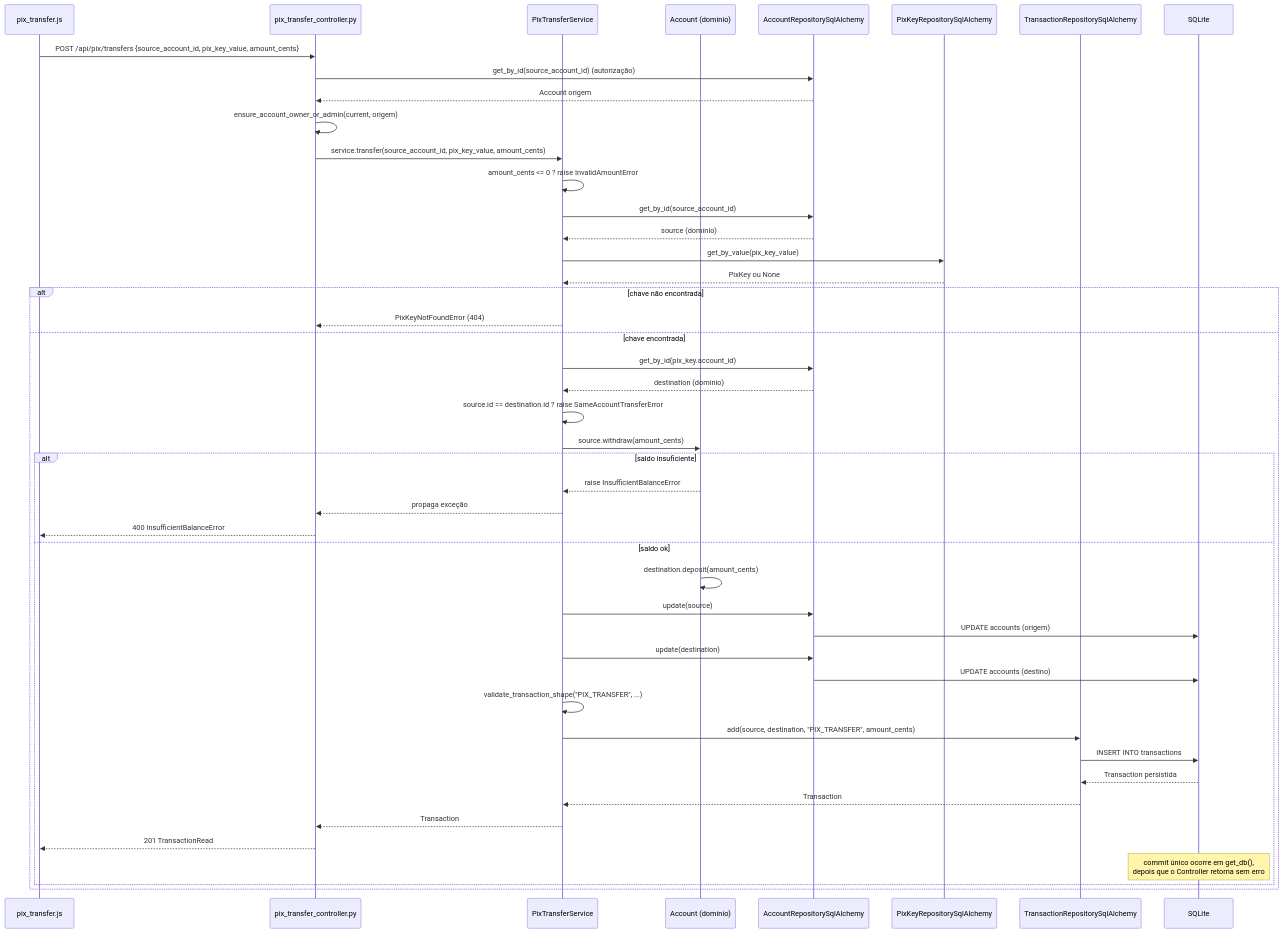
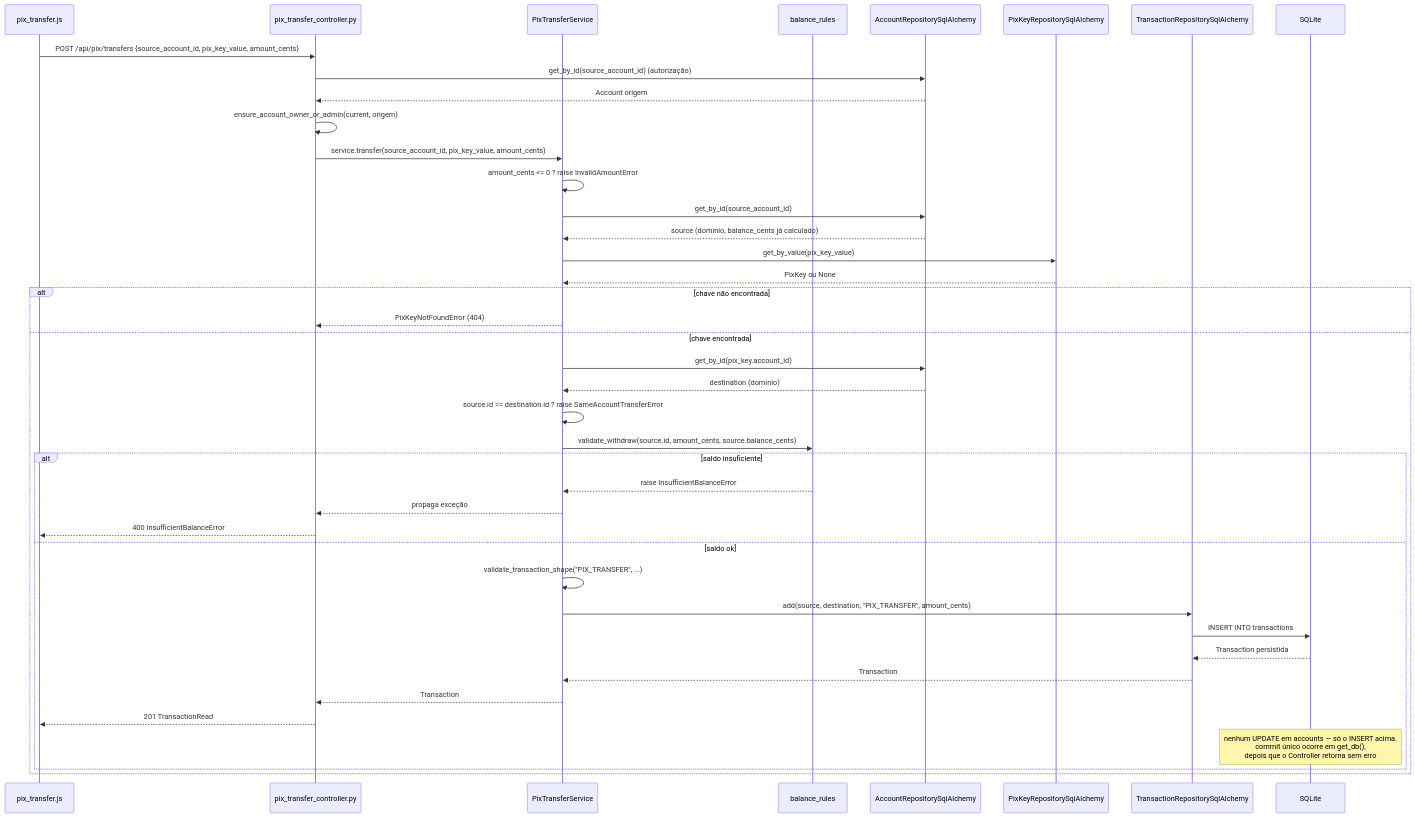
The third of 3 diagrams in docs/final/07-fluxos-principais.md (Henrique-CBueno/CP4---Python), drawn with Mermaid before and after one commit. The commit also changed other lines of this file and 5 other files, not shown here.

````diff
--- a/docs/final/07-fluxos-principais.md
+++ b/docs/final/07-fluxos-principais.md
@@ -196,49 +202,44 @@
 ```mermaid
 sequenceDiagram
     participant JS as pix_transfer.js
     participant C as pix_transfer_controller.py
     participant S as PixTransferService
-    participant Acc as Account (domínio)
+    participant BR as balance_rules
     participant AR as AccountRepositorySqlAlchemy
     participant PR as PixKeyRepositorySqlAlchemy
     participant TR as TransactionRepositorySqlAlchemy
     participant DB as SQLite
 
     JS->>C: POST /api/pix/transfers {source_account_id, pix_key_value, amount_cents}
     C->>AR: get_by_id(source_account_id)  (autorização)
     AR-->>C: Account origem
     C->>C: ensure_account_owner_or_admin(current, origem)
     C->>S: service.transfer(source_account_id, pix_key_value, amount_cents)
     S->>S: amount_cents <= 0 ? raise InvalidAmountError
     S->>AR: get_by_id(source_account_id)
-    AR-->>S: source (domínio)
+    AR-->>S: source (domínio, balance_cents já calculado)
     S->>PR: get_by_value(pix_key_value)
     PR-->>S: PixKey ou None
     alt chave não encontrada
         S-->>C: PixKeyNotFoundError (404)
     else chave encontrada
         S->>AR: get_by_id(pix_key.account_id)
         AR-->>S: destination (domínio)
         S->>S: source.id == destination.id ? raise SameAccountTransferError
-        S->>Acc: source.withdraw(amount_cents)
+        S->>BR: validate_withdraw(source.id, amount_cents, source.balance_cents)
         alt saldo insuficiente
-            Acc-->>S: raise InsufficientBalanceError
+            BR-->>S: raise InsufficientBalanceError
             S-->>C: propaga exceção
             C-->>JS: 400 InsufficientBalanceError
         else saldo ok
-            Acc->>Acc: destination.deposit(amount_cents)
-            S->>AR: update(source)
-            AR->>DB: UPDATE accounts (origem)
-            S->>AR: update(destination)
-            AR->>DB: UPDATE accounts (destino)
             S->>S: validate_transaction_shape("PIX_TRANSFER", ...)
             S->>TR: add(source, destination, "PIX_TRANSFER", amount_cents)
             TR->>DB: INSERT INTO transactions
             DB-->>TR: Transaction persistida
             TR-->>S: Transaction
             S-->>C: Transaction
             C-->>JS: 201 TransactionRead
-            Note over DB: commit único ocorre em get_db(),<br/>depois que o Controller retorna sem erro
+            Note over DB: nenhum UPDATE em accounts — só o INSERT acima.<br/>commit único ocorre em get_db(),<br/>depois que o Controller retorna sem erro
         end
     end
 ```
````
